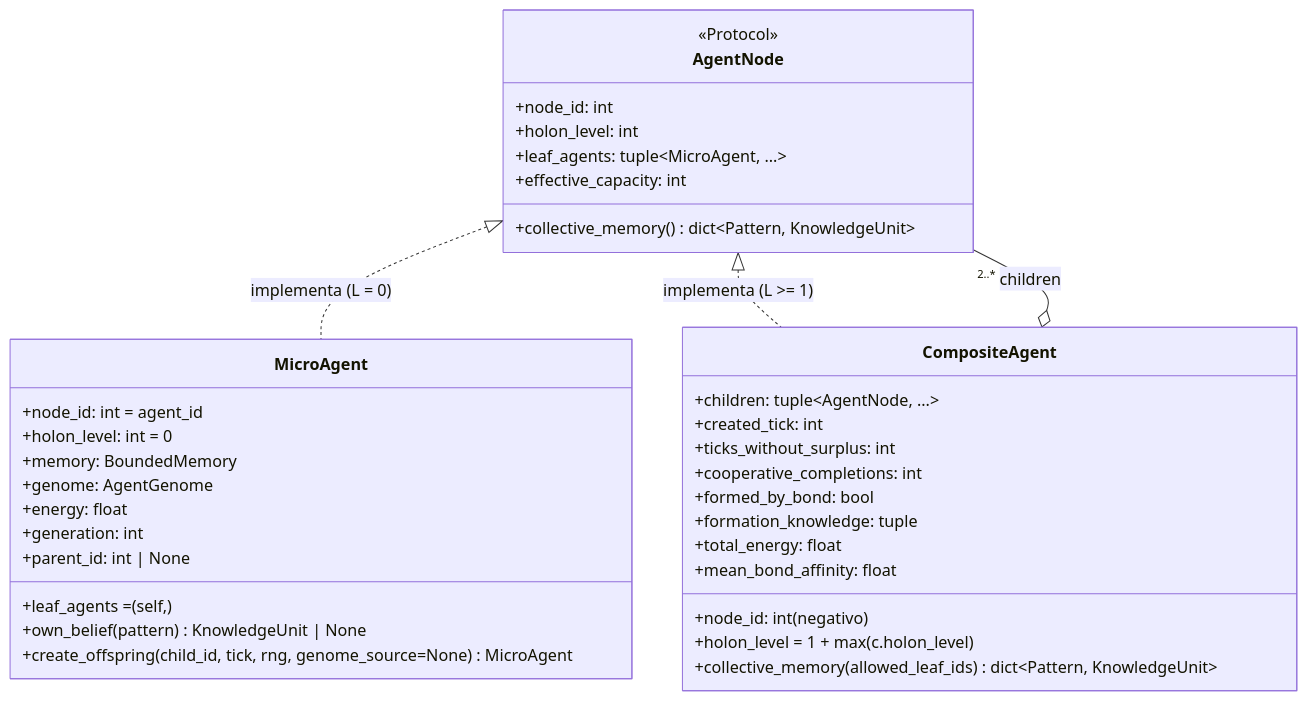
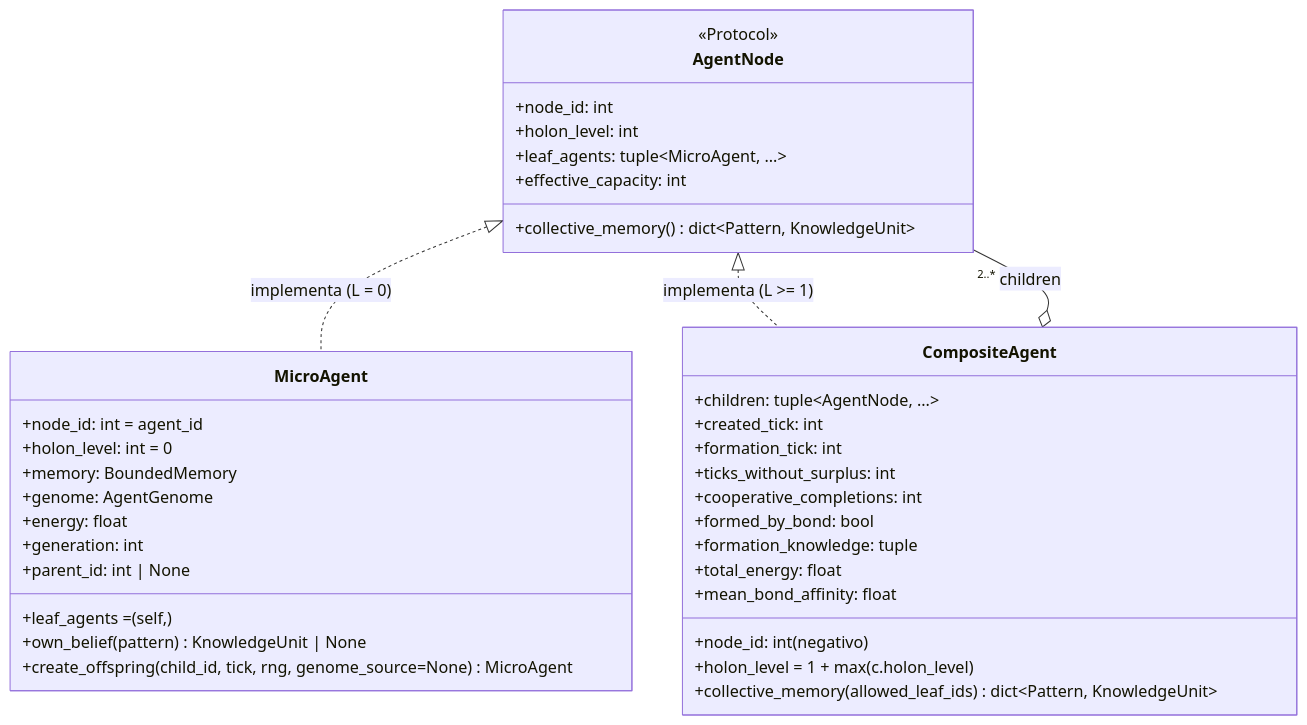
Before and after one commit to Jorge-Guli/IDE: the first of 2 diagrams in DEFINICIONES_TECNICAS.md, drawn with Mermaid. The commit also changed other lines of this file and 1 other file, not shown here.

````diff
--- a/DEFINICIONES_TECNICAS.md
+++ b/DEFINICIONES_TECNICAS.md
@@ -276,42 +276,43 @@
 ```mermaid
 classDiagram
     class AgentNode {
         <<Protocol>>
         +node_id: int
         +holon_level: int
         +leaf_agents: tuple~MicroAgent, ...~
         +effective_capacity: int
         +collective_memory() dict~Pattern, KnowledgeUnit~
     }
 
     class MicroAgent {
         +node_id: int = agent_id
         +holon_level: int = 0
         +leaf_agents = (self,)
         +memory: BoundedMemory
         +genome: AgentGenome
         +energy: float
         +generation: int
         +parent_id: int | None
         +own_belief(pattern) KnowledgeUnit | None
         +create_offspring(child_id, tick, rng, genome_source=None) MicroAgent
     }
 
     class CompositeAgent {
         +node_id: int (negativo)
         +children: tuple~AgentNode, ...~
         +created_tick: int
+        +formation_tick: int
         +ticks_without_surplus: int
         +cooperative_completions: int
         +formed_by_bond: bool
         +formation_knowledge: tuple
         +holon_level = 1 + max(c.holon_level)
         +total_energy: float
         +mean_bond_affinity: float
         +collective_memory(allowed_leaf_ids) dict~Pattern, KnowledgeUnit~
     }
 
     AgentNode <|.. MicroAgent : implementa (L = 0)
     AgentNode <|.. CompositeAgent : implementa (L >= 1)
     CompositeAgent o-- "2..*" AgentNode : children
 ```
````
